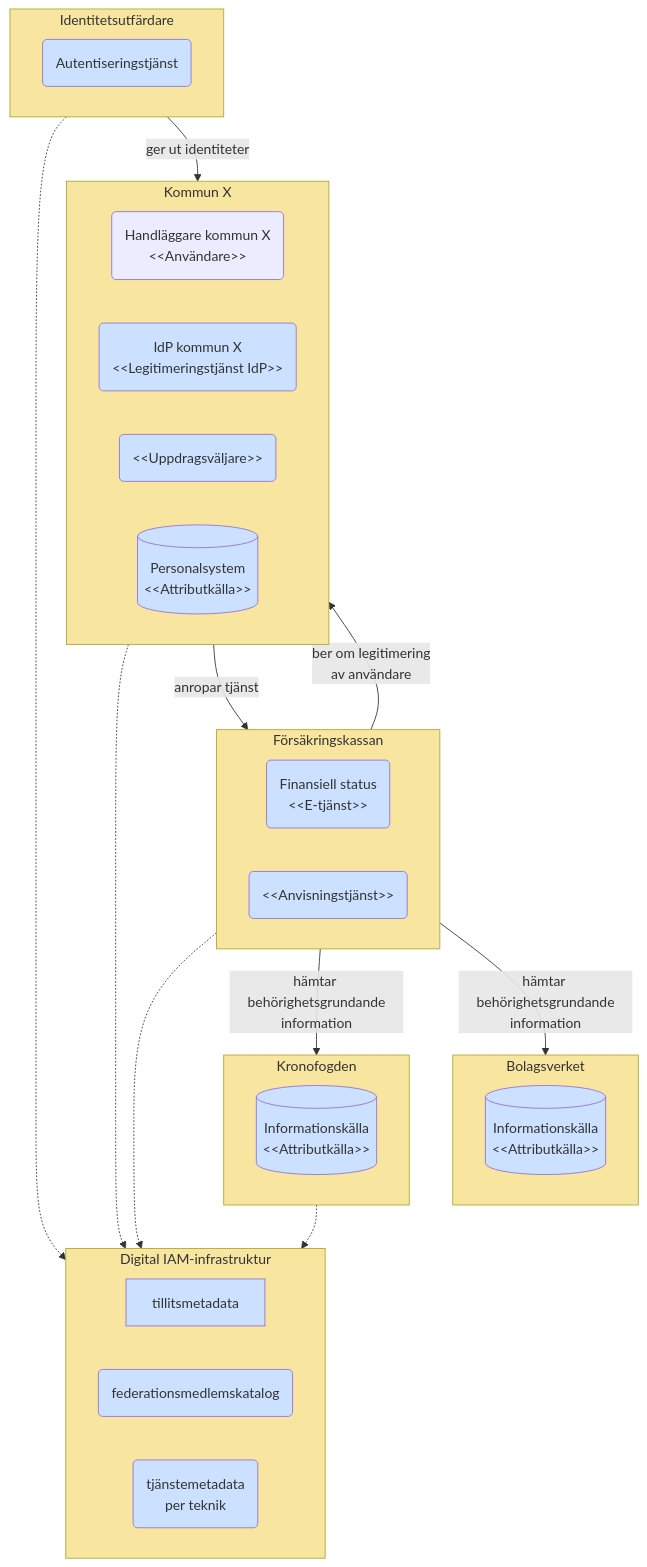
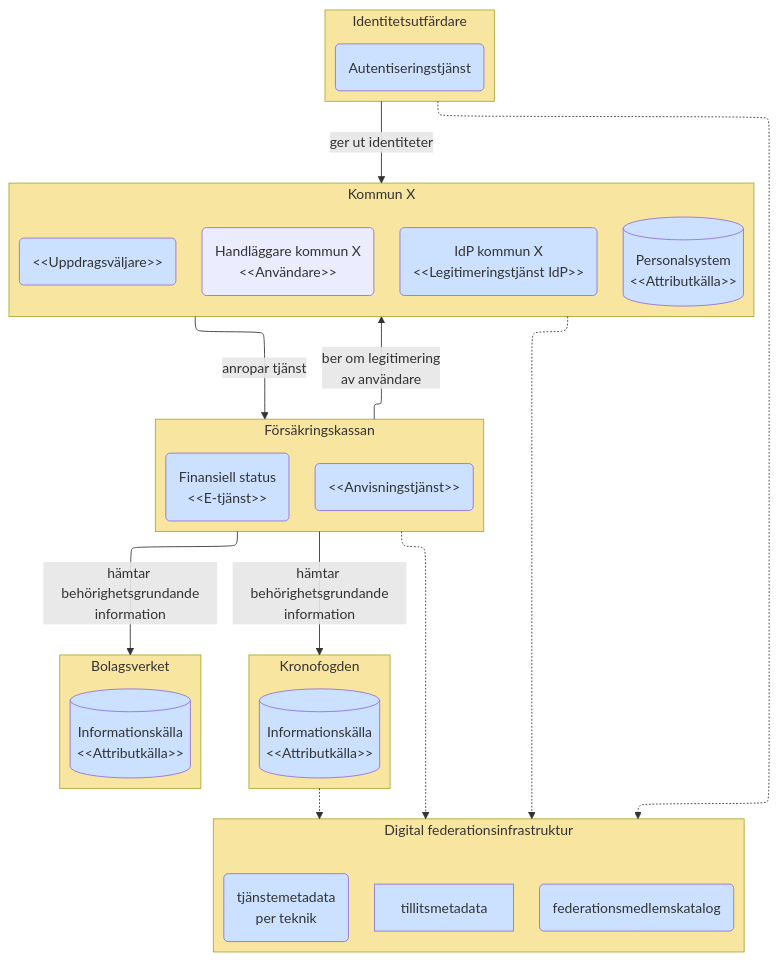
Before and after one commit to diggsweden/ena-authorization: the tenth of 11 diagrams in architecture/drafts/IAM_TargetArchitecture_Sweden.md, drawn with Mermaid. The commit also changed other lines of this file, not shown here.

````diff
--- a/architecture/drafts/IAM_TargetArchitecture_Sweden.md
+++ b/architecture/drafts/IAM_TargetArchitecture_Sweden.md
@@ -354,50 +368,51 @@
 ```mermaid
+%%{init: {"flowchart": {"defaultRenderer": "elk"}} }%%
 flowchart TB
 
 classDef org fill:#F8E5A0
 classDef comp fill:#CCE1FF
 classDef box fill:#ffffff,stroke:#000000
 
 subgraph xo[Kommun X]
     xu(Handläggare kommun X<br>&lt&ltAnvändare&gt&gt)
     xidp(IdP kommun X<br>&lt&ltLegitimeringstjänst IdP&gt&gt):::comp
     xuv(<p>&lt&ltUppdragsväljare&gt&gt):::comp
     xak[(Personalsystem<br>&lt&ltAttributkälla&gt&gt)]:::comp
 end
 xo:::org
 
 subgraph k[Kronofogden]
     kd[(Informationskälla<br>&lt&ltAttributkälla&gt&gt)]:::comp
 end
 k:::org
 
 subgraph b[Bolagsverket]
     bd[(Informationskälla<br>&lt&ltAttributkälla&gt&gt)]:::comp
 end
 b:::org
 
 subgraph fk[Försäkringskassan]
     fkt(Finansiell status<br>&lt&ltE-tjänst&gt&gt):::comp
     fka(<p>&lt&ltAnvisningstjänst&gt&gt):::comp
 end
 fk:::org
 
 subgraph id[Identitetsutfärdare]
     ida(Autentiseringstjänst):::comp
 end
 id:::org
 
-subgraph fed[Digital IAM-infrastruktur]
+subgraph fed[Digital federationsinfrastruktur]
     fedt[tillitsmetadata]:::comp
     fedmk(federationsmedlemskatalog):::comp
     fedprof(tjänstemetadata<br>per teknik):::comp
 end
 fed:::org
 
 id & fk & xo & k -.-> fed
 id--ger ut identiteter-->xo
 fk--ber om legitimering<br>av användare-->xo
 fk--hämtar behörighetsgrundande<br>information-->k & b
 xo--anropar tjänst--> fk
 
 ```
````
